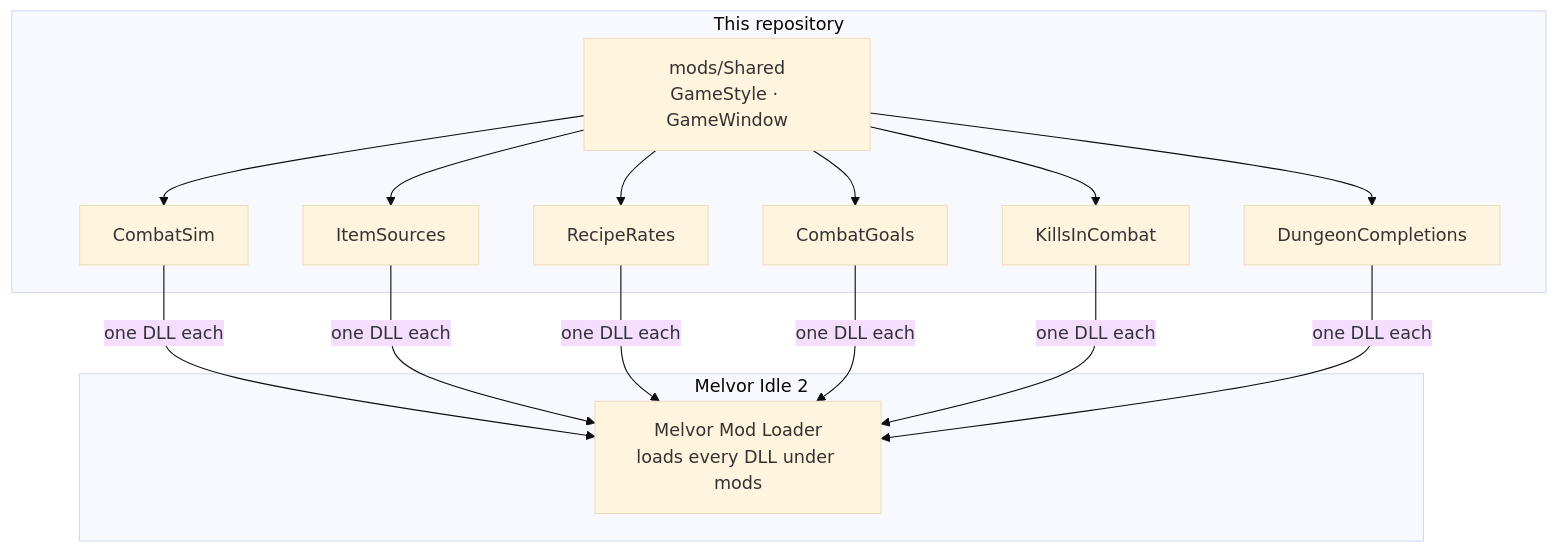
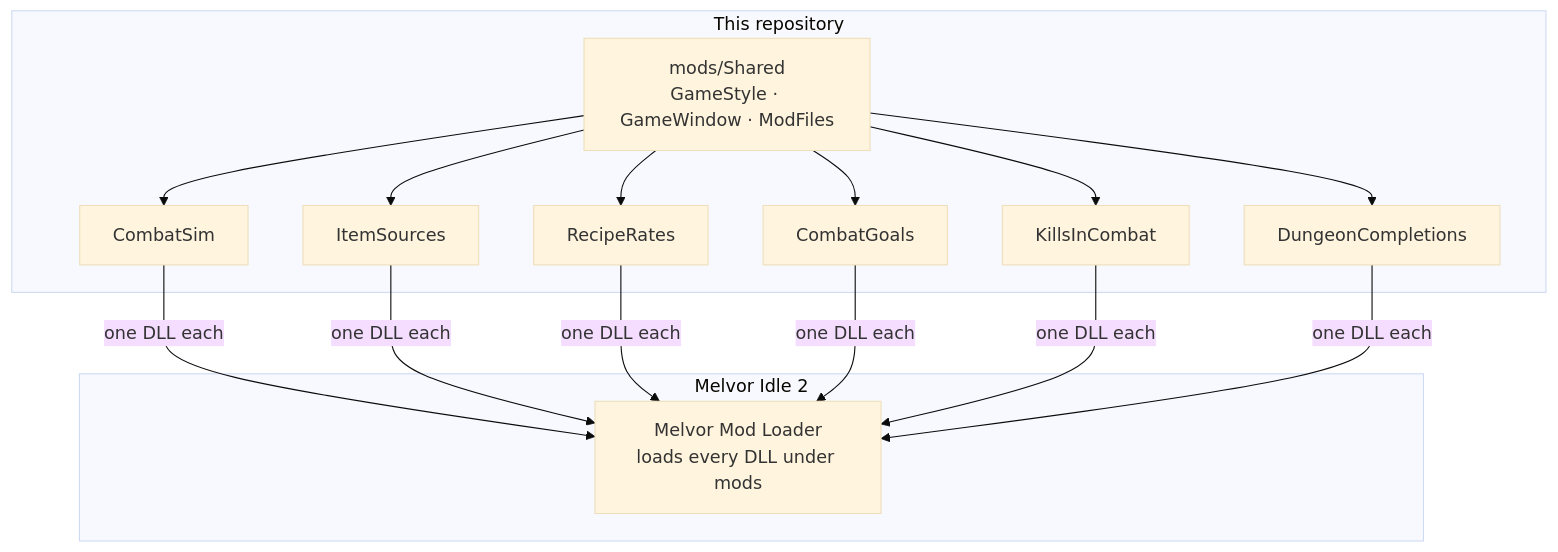
One commit to 149segolte/melvor-idle-2-qol-mods changed the diagram in README.md. Above: the diagram before and after it, drawn with Mermaid (base theme). The commit also changed other lines of this file and 68 other files, not shown here.

````diff
--- a/README.md
+++ b/README.md
@@ -151,17 +152,17 @@
 ```mermaid
 flowchart TB
     subgraph game["Melvor Idle 2"]
         L["Melvor Mod Loader<br/>loads every DLL under mods"]
     end
     subgraph repo["This repository"]
-        S["mods/Shared<br/>GameStyle · GameWindow"]
+        S["mods/Shared<br/>GameStyle · GameWindow · ModFiles"]
         M1["CombatSim"]
         M2["ItemSources"]
         M3["RecipeRates"]
         M4["CombatGoals"]
         M5["KillsInCombat"]
         M6["DungeonCompletions"]
     end
     S --> M1 & M2 & M3 & M4 & M5 & M6
     M1 & M2 & M3 & M4 & M5 & M6 -->|"one DLL each"| L
 ```
````
